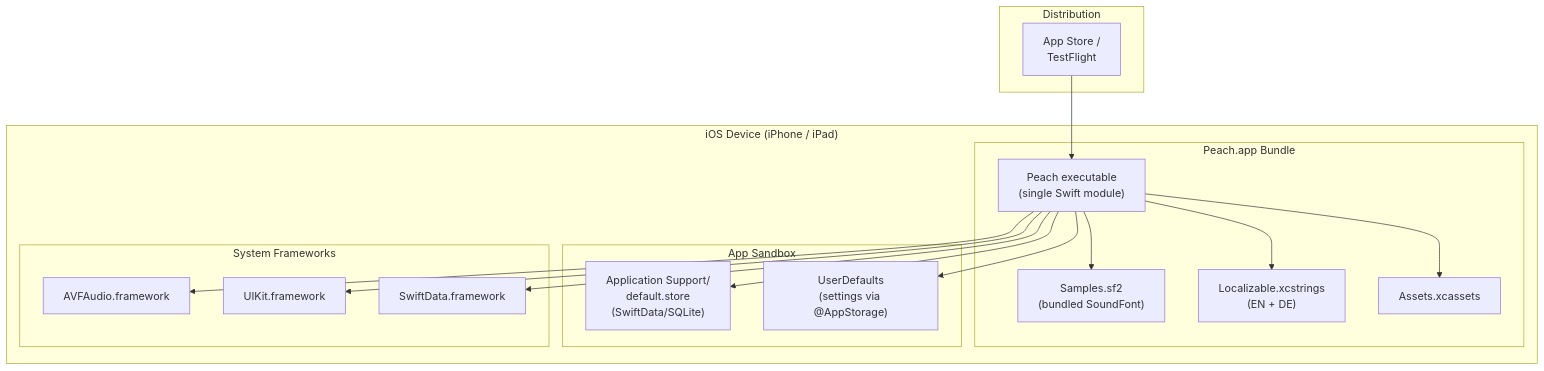
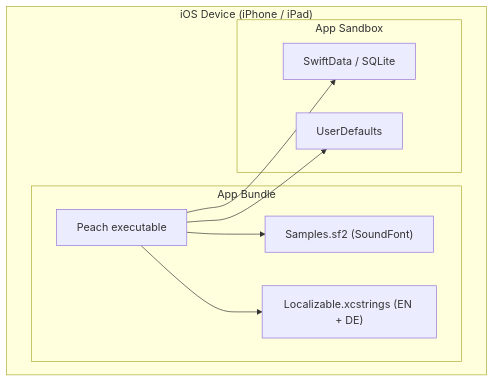
The sixth of 7 diagrams in docs/arc42.md (mschuerig/peach-ios), drawn with Mermaid before and after one commit. The commit also changed other lines of this file, not shown here.

First line of the commit message:
Elevate arc42 docs from implementation summary to architectural intent

````diff
--- a/docs/arc42.md
+++ b/docs/arc42.md
@@ -416,31 +286,18 @@
 ```mermaid
 graph TB
     subgraph "iOS Device (iPhone / iPad)"
-        subgraph "Peach.app Bundle"
-            Binary["Peach executable<br/>(single Swift module)"]
-            SF2["Samples.sf2<br/>(bundled SoundFont)"]
-            XCStrings["Localizable.xcstrings<br/>(EN + DE)"]
-            Assets["Assets.xcassets"]
+        subgraph "App Bundle"
+            Binary["Peach executable"]
+            SF2["Samples.sf2 (SoundFont)"]
+            Strings["Localizable.xcstrings (EN + DE)"]
         end
 
         subgraph "App Sandbox"
-            SQLite["Application Support/<br/>default.store<br/>(SwiftData/SQLite)"]
-            Defaults["UserDefaults<br/>(settings via @AppStorage)"]
-        end
-
-        subgraph "System Frameworks"
-            AVF["AVFAudio.framework"]
-            UIK["UIKit.framework"]
-            SD["SwiftData.framework"]
+            DB["SwiftData / SQLite"]
+            Prefs["UserDefaults"]
         end
     end
 
-    subgraph "Distribution"
-        AppStore["App Store /<br/>TestFlight"]
-    end
-
-    AppStore --> Binary
-    Binary --> SF2 & XCStrings & Assets
-    Binary --> AVF & UIK & SD
-    Binary --> SQLite & Defaults
+    Binary --> SF2 & Strings
+    Binary --> DB & Prefs
 ```
````
